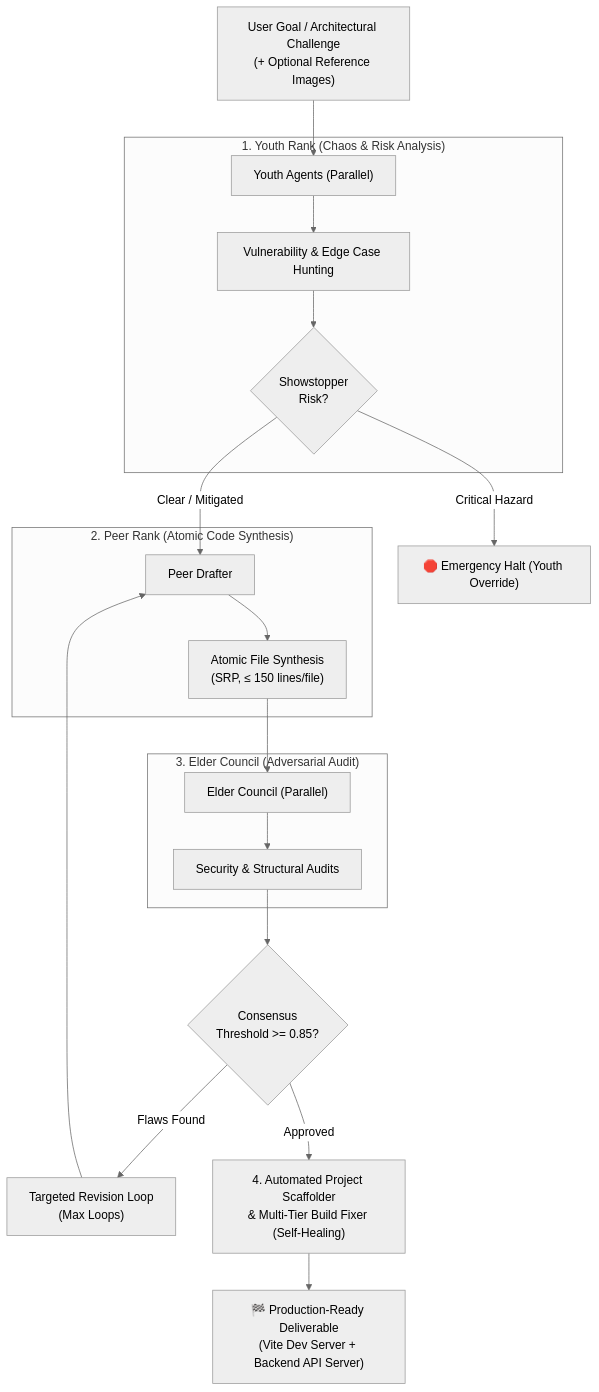
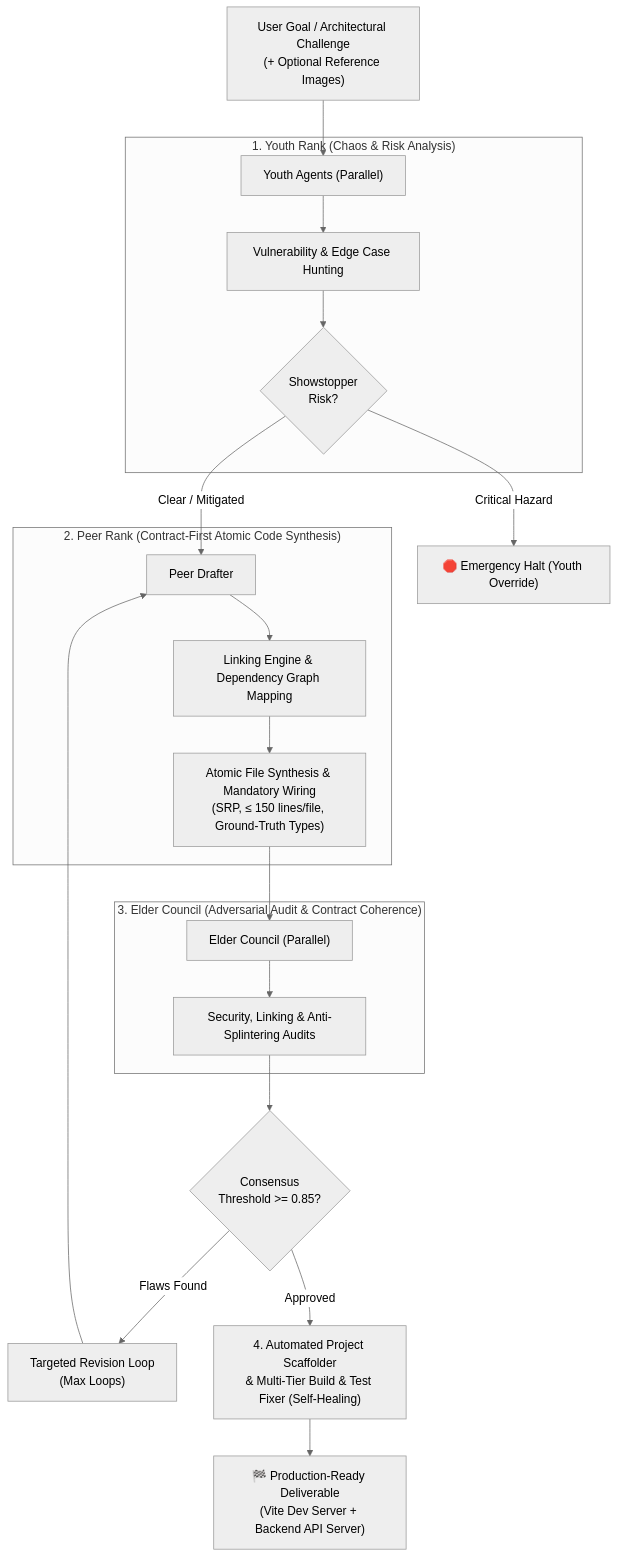
The diagram in README.md (JUANITOTELO/aztec-cirlce-llm), drawn with Mermaid (neutral theme) before and after one commit. The commit also changed other lines of this file and 76 other files, not shown here.

Commit message:
feat: bump Aztec to v0.4.0, add holistic linking engine, contract-first synthesis, and test verification

````diff
--- a/README.md
+++ b/README.md
@@ -50,30 +51,31 @@
 ```mermaid
 flowchart TD
     GOAL["User Goal / Architectural Challenge\n(+ Optional Reference Images)"] --> YOUTH
     
     subgraph YOUTH_RANK["1. Youth Rank (Chaos & Risk Analysis)"]
         YOUTH["Youth Agents (Parallel)"] --> ANOMALY["Vulnerability & Edge Case Hunting"]
         ANOMALY --> GATE{"Showstopper\nRisk?"}
     end
     
     GATE -- "Critical Hazard" --> HALT["🛑 Emergency Halt (Youth Override)"]
     GATE -- "Clear / Mitigated" --> PEER
     
-    subgraph PEER_RANK["2. Peer Rank (Atomic Code Synthesis)"]
-        PEER["Peer Drafter"] --> ATOMIC["Atomic File Synthesis\n(SRP, ≤ 150 lines/file)"]
+    subgraph PEER_RANK["2. Peer Rank (Contract-First Atomic Code Synthesis)"]
+        PEER["Peer Drafter"] --> LINKING["Linking Engine & Dependency Graph Mapping"]
+        LINKING --> ATOMIC["Atomic File Synthesis & Mandatory Wiring\n(SRP, ≤ 150 lines/file, Ground-Truth Types)"]
     end
     
     ATOMIC --> ELDERS
     
-    subgraph ELDER_RANK["3. Elder Council (Adversarial Audit)"]
-        ELDERS["Elder Council (Parallel)"] --> AUDIT["Security & Structural Audits"]
+    subgraph ELDER_RANK["3. Elder Council (Adversarial Audit & Contract Coherence)"]
+        ELDERS["Elder Council (Parallel)"] --> AUDIT["Security, Linking & Anti-Splintering Audits"]
     end
     
     AUDIT --> CONSENSUS{"Consensus\nThreshold >= 0.85?"}
     
     CONSENSUS -- "Flaws Found" --> REVISE["Targeted Revision Loop\n(Max Loops)"]
     REVISE --> PEER
     
-    CONSENSUS -- "Approved" --> SCAFFOLD["4. Automated Project Scaffolder\n& Multi-Tier Build Fixer (Self-Healing)"]
+    CONSENSUS -- "Approved" --> SCAFFOLD["4. Automated Project Scaffolder\n& Multi-Tier Build & Test Fixer (Self-Healing)"]
     SCAFFOLD --> DELIVERABLE["🏁 Production-Ready Deliverable\n(Vite Dev Server + Backend API Server)"]
 ```
````
